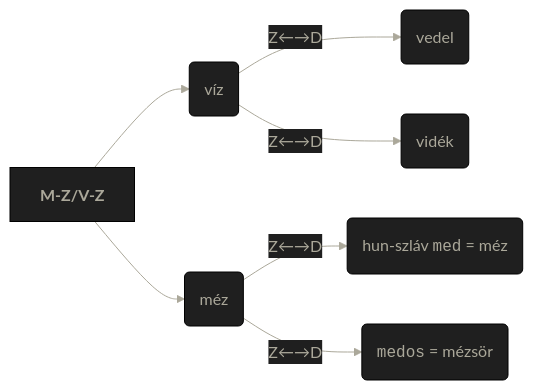
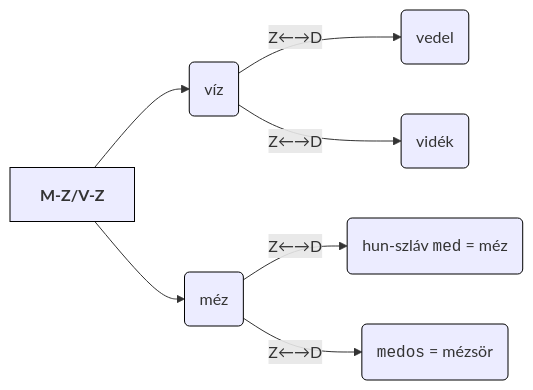
One commit to zanodor/TUDDASSTTARR changed the first of 2 diagrams in src/site/notes/B/Balk.md. Above: the diagram before and after it, drawn with Mermaid. The commit also changed other lines of this file, not shown here.

Commit message:
Update content src/site/notes/B/Balk.md

````diff
--- a/src/site/notes/B/Balk.md
+++ b/src/site/notes/B/Balk.md
@@ -32,32 +32,21 @@
 ```mermaid
-%%{
-  init: {
-    'theme': 'base',
-    'themeVariables': {
-      'primaryColor': '#1f1f1f',
-      'primaryTextColor': '#ABA89A',
-      'primaryBorderColor': '#000000',
-      'lineColor': '#ABA89A',
-      'tertiaryColor': '#fff'
-    }
-  }
-}%%
+
 
 flowchart LR
 
 	head[<b>M-Z/V-Z</b>]
 	lvl2_a("víz")
 	lvl2_b("méz")
 	lvl3_a("vedel")
 	lvl3_b("vidék")
 	lvl3_c("hun-szláv <code>med</code> = méz")
 	lvl3_d("<code>medos</code> = mézsör")
 
 	head --> lvl2_a & lvl2_b
 	lvl2_a -- "Z←→D" -->  lvl3_a & lvl3_b
 	lvl2_b -- "Z←→D" -->  lvl3_c & lvl3_d
 
 	classDef fillStyle stroke:#000000,stroke-width:1px,stroke-dasharray: 0;
 	class head,lvl2_a,lvl2_b,lvl3_a,lvl3_b,lvl3_c,lvl3_d fillStyle;
 	class lvl2_a,lvl2_b,lvl3_a,lvl3_b internal-link;
 ```
````
